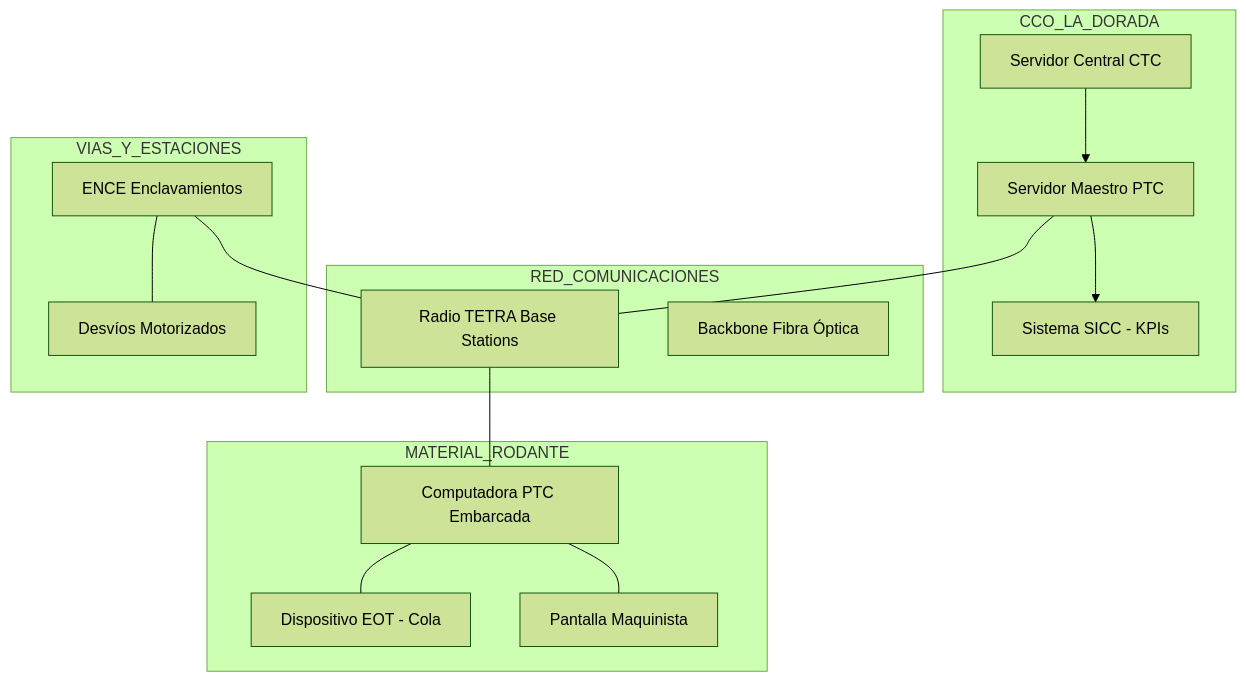
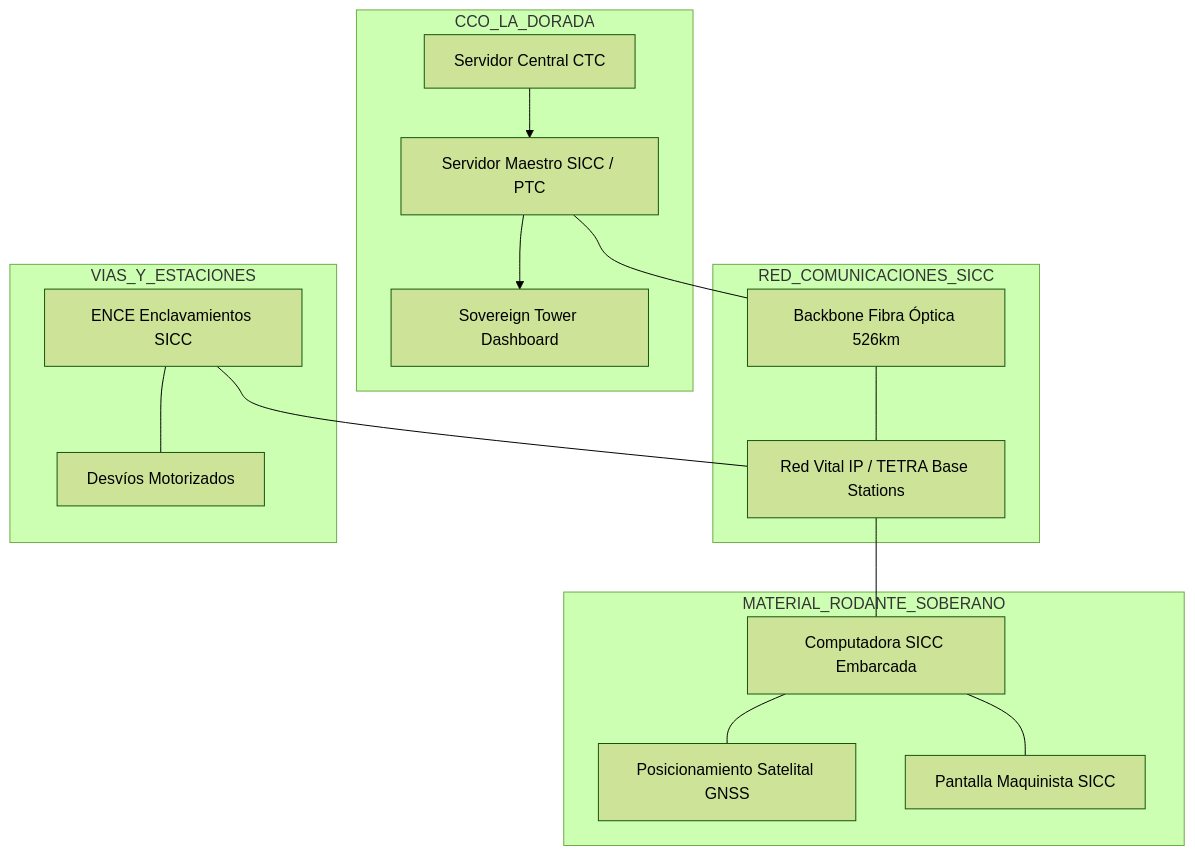
Before and after one commit to dieleozagent-debug/LFC2: the diagram in IV. Ingenieria básica/38. DiagramasArquitectura_sist_ctc-telco.md, drawn with Mermaid (forest theme). The commit also changed other lines of this file and 8 other files, not shown here.

Commit message:
fix: Phase IV SICC Sovereign Restoration - Purity Certified

````diff
--- a/IV. Ingenieria básica/38. DiagramasArquitectura_sist_ctc-telco.md
+++ b/IV. Ingenieria básica/38. DiagramasArquitectura_sist_ctc-telco.md
@@ -12,30 +11,31 @@
 ```mermaid
 graph TD
     subgraph CCO_LA_DORADA
-        CTC[Servidor Central CTC] --> PTC_S[Servidor Maestro PTC]
-        PTC_S --> SICC[Sistema SICC - KPIs]
+        CTC[Servidor Central CTC] --> SICC_S[Servidor Maestro SICC / PTC]
+        SICC_S --> DASH[Sovereign Tower Dashboard]
     end
 
-    subgraph RED_COMUNICACIONES
-        TETRA[Radio TETRA Base Stations]
-        FIBRA[Backbone Fibra Óptica]
+    subgraph RED_COMUNICACIONES_SICC
+        RV_TETRA[Red Vital IP / TETRA Base Stations]
+        FIBRA[Backbone Fibra Óptica 526km]
     end
 
     subgraph VIAS_Y_ESTACIONES
-        ENCE[ENCE Enclavamientos]
+        ENCE[ENCE Enclavamientos SICC]
         DSV[Desvíos Motorizados]
         ENCE --- DSV
     end
 
-    subgraph MATERIAL_RODANTE
-        LOC[Computadora PTC Embarcada]
-        EOT[Dispositivo EOT - Cola]
-        DMI[Pantalla Maquinista]
+    subgraph MATERIAL_RODANTE_SOBERANO
+        OBC[Computadora SICC Embarcada]
+        GNSS[Posicionamiento Satelital GNSS]
+        DMI[Pantalla Maquinista SICC]
     end
 
-    PTC_S --- TETRA
-    TETRA --- LOC
-    LOC --- EOT
-    LOC --- DMI
-    ENCE --- TETRA
+    SICC_S --- FIBRA
+    FIBRA --- RV_TETRA
+    RV_TETRA --- OBC
+    OBC --- GNSS
+    OBC --- DMI
+    ENCE --- RV_TETRA
 ```
````
